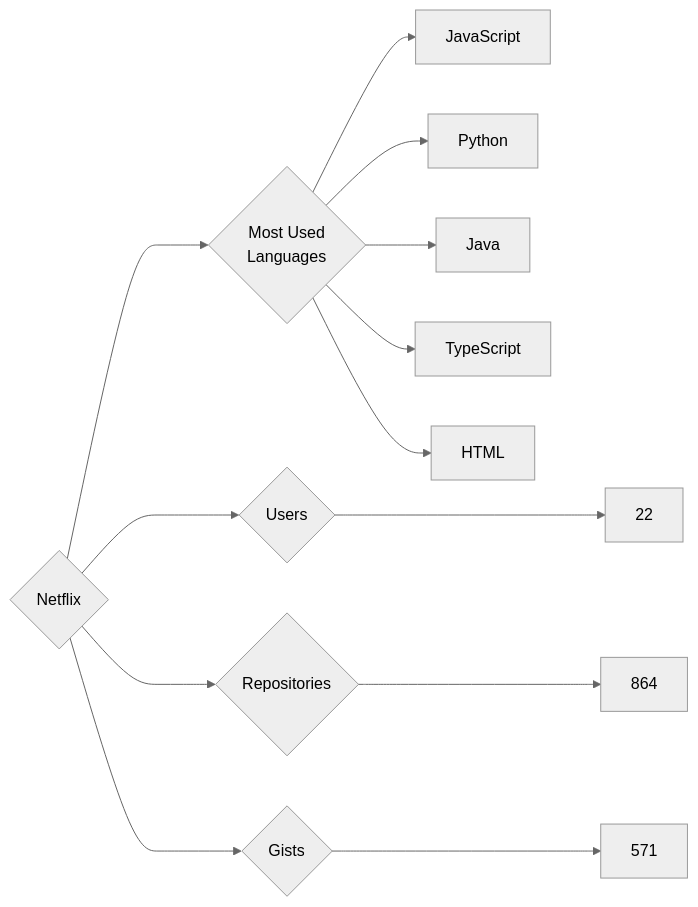
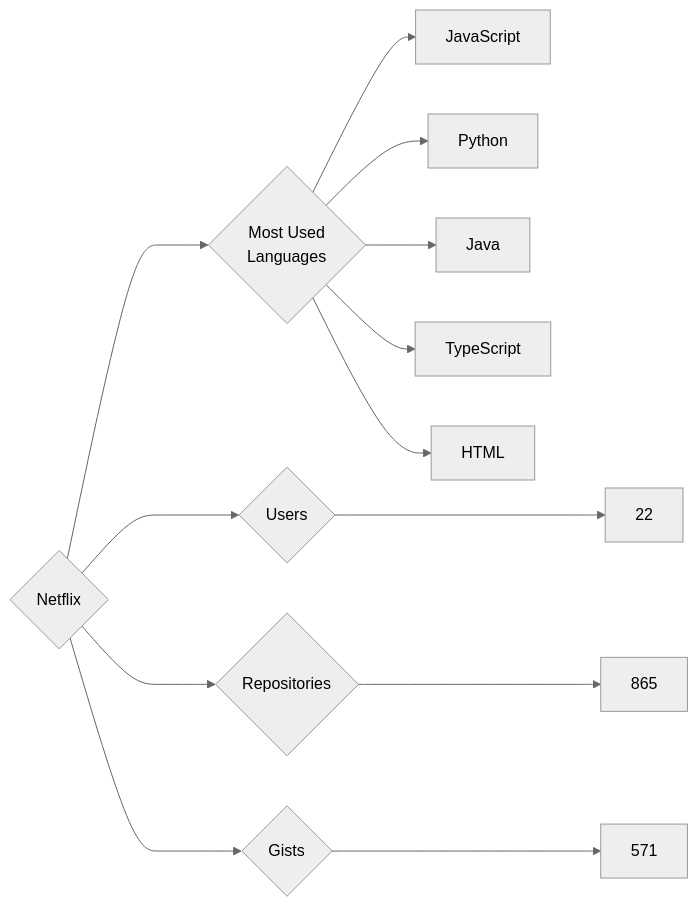
Before and after one commit to trickest/insiders: the diagram in targets/Netflix/README.md, drawn with Mermaid (neutral theme). The commit also changed 682 other files, not shown here.

````diff
--- a/targets/Netflix/README.md
+++ b/targets/Netflix/README.md
@@ -3,13 +3,13 @@
 ```mermaid
 graph LR
 COMPANY_NAME{Netflix}
 COMPANY_NAME ---> U{Users} ---> UN[22]
-COMPANY_NAME ---> R{Repositories} ---> RN[864]
+COMPANY_NAME ---> R{Repositories} ---> RN[865]
 COMPANY_NAME ---> G{Gists} ---> GN[571]
 COMPANY_NAME ---> ML{Most Used<br>Languages}
 ML --> JavaScript[JavaScript]
 ML --> Python[Python]
 ML --> Java[Java]
 ML --> TypeScript[TypeScript]
 ML --> HTML[HTML]
 ```
````
